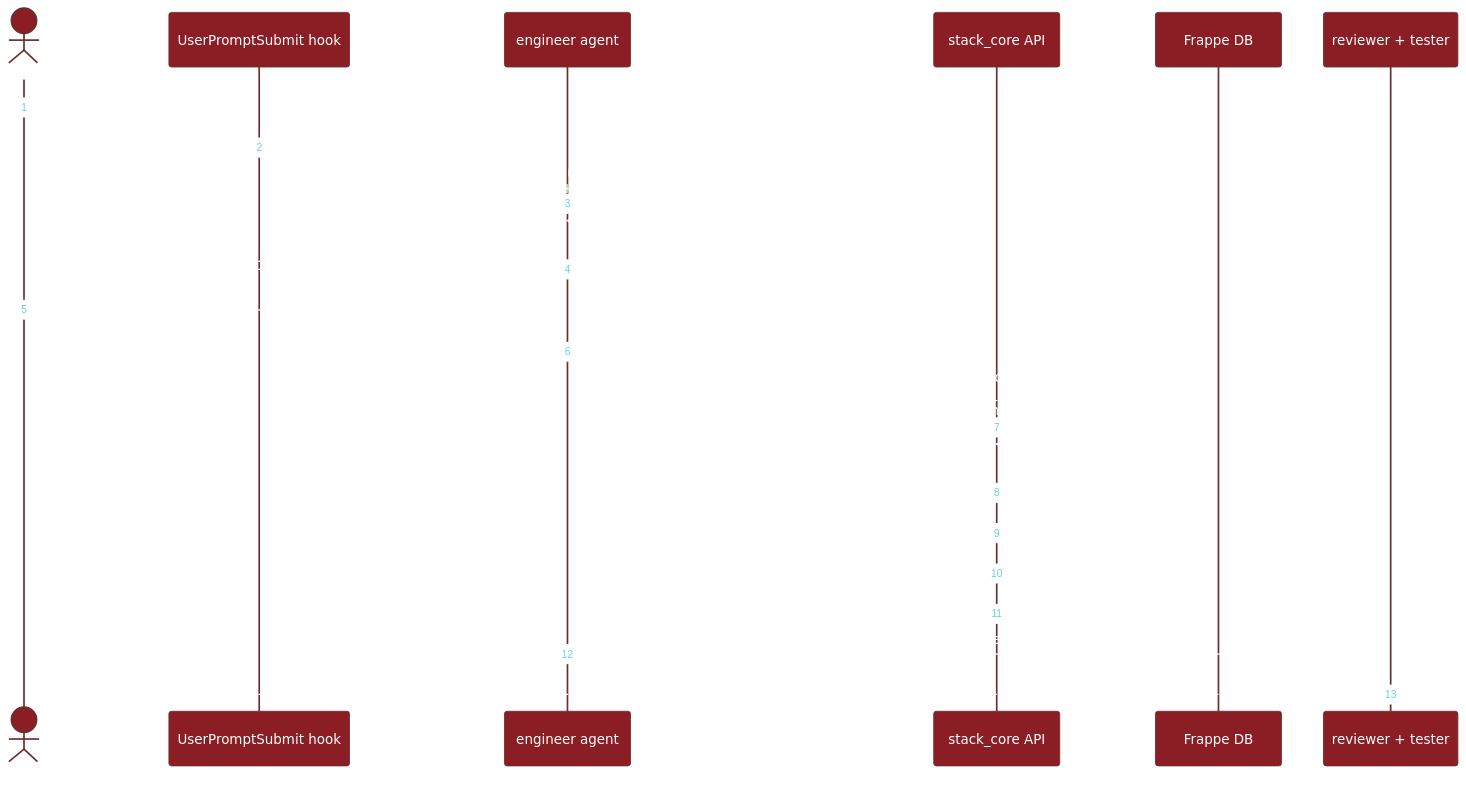
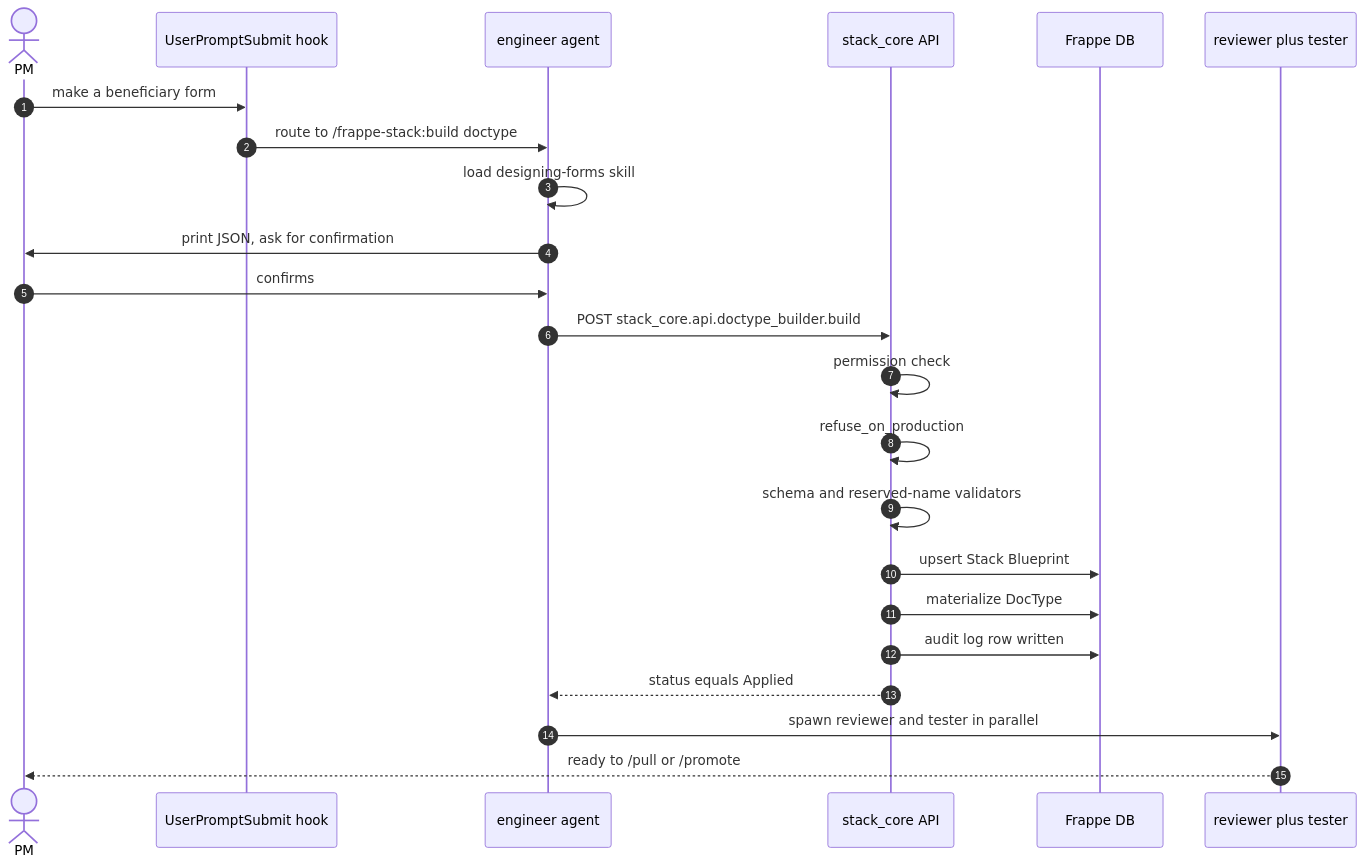
Before and after one commit to dhwani-ris/frappe-stack: the second of 4 diagrams in docs/architecture.md, drawn with Mermaid. The commit also changed other lines of this file and 1 other file, not shown here.

````diff
--- a/docs/architecture.md
+++ b/docs/architecture.md
@@ -71,41 +57,26 @@
 ```mermaid
-%%{init: {
-  'theme': 'base',
-  'themeVariables': {
-    'primaryColor': '#8B1E24',
-    'primaryTextColor': '#ffffff',
-    'primaryBorderColor': '#6A2E2E',
-    'lineColor': '#9E2A2F',
-    'secondaryColor': '#F5E6DD',
-    'actorBkg': '#8B1E24',
-    'actorTextColor': '#ffffff',
-    'actorLineColor': '#6A2E2E',
-    'noteBkgColor': '#F5E6DD',
-    'noteTextColor': '#2E2E2E',
-    'noteBorderColor': '#D9B3A0',
-    'fontFamily': 'Inter, system-ui, sans-serif'
-  }
-}}%%
 sequenceDiagram
     autonumber
     actor PM
     participant Hook as UserPromptSubmit hook
     participant Eng as engineer agent
     participant API as stack_core API
     participant DB as Frappe DB
-    participant Auto as reviewer + tester
+    participant Auto as reviewer plus tester
 
-    PM->>Hook: "make a beneficiary form"
-    Hook->>Eng: routes to /frappe-stack:build doctype
-    Eng->>Eng: loads designing-forms skill<br/>walks fields + permissions
-    Eng->>PM: prints JSON, asks "yes?"
+    PM->>Hook: make a beneficiary form
+    Hook->>Eng: route to /frappe-stack:build doctype
+    Eng->>Eng: load designing-forms skill
+    Eng->>PM: print JSON, ask for confirmation
     PM->>Eng: confirms
-    Eng->>API: POST /api/method/stack_core.api.doctype_builder.build
-    API->>API: permission_check<br/>refuse_on_production<br/>schema + reserved_names + fieldtype validators
+    Eng->>API: POST stack_core.api.doctype_builder.build
+    API->>API: permission check
+    API->>API: refuse_on_production
+    API->>API: schema and reserved-name validators
     API->>DB: upsert Stack Blueprint
     API->>DB: materialize DocType
-    API->>DB: @audited writes log row
-    API-->>Eng: status=Applied
-    Eng->>Auto: spawn reviewer ‖ tester (parallel)
-    Auto-->>PM: "ready to /pull or /promote"
+    API->>DB: audit log row written
+    API-->>Eng: status equals Applied
+    Eng->>Auto: spawn reviewer and tester in parallel
+    Auto-->>PM: ready to /pull or /promote
 ```
````
